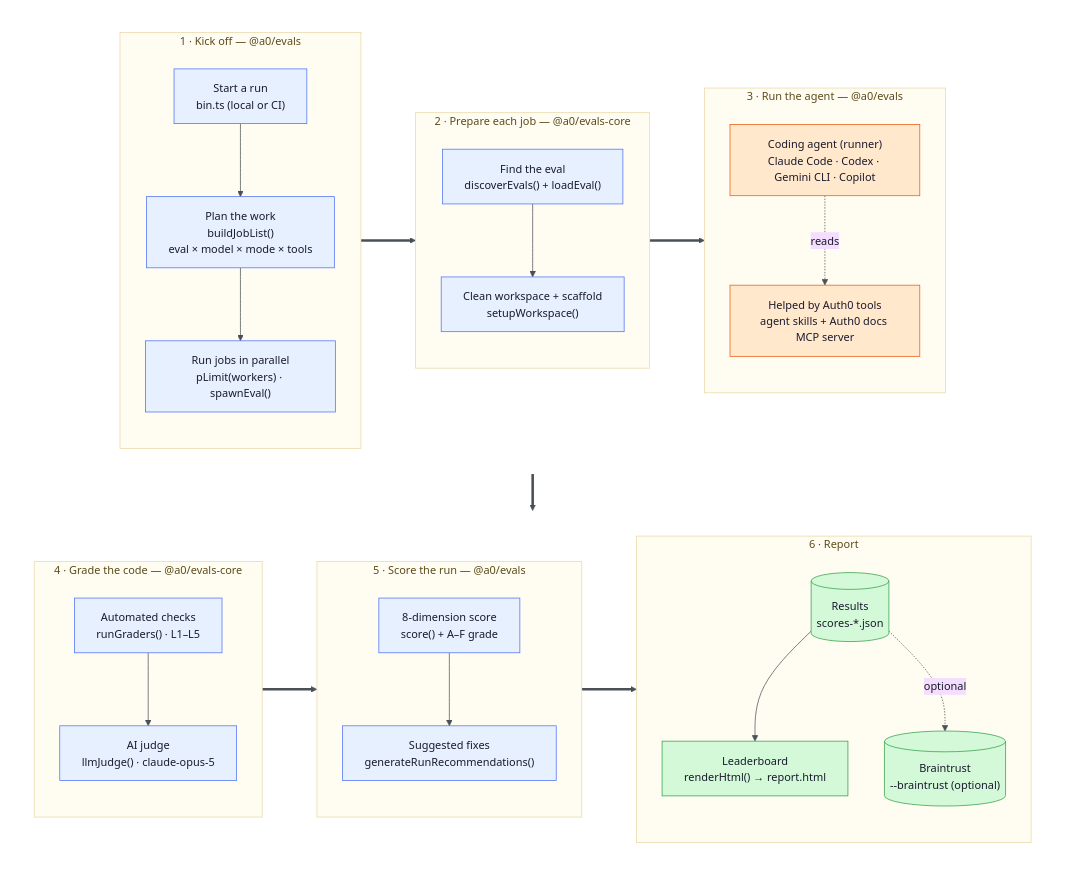
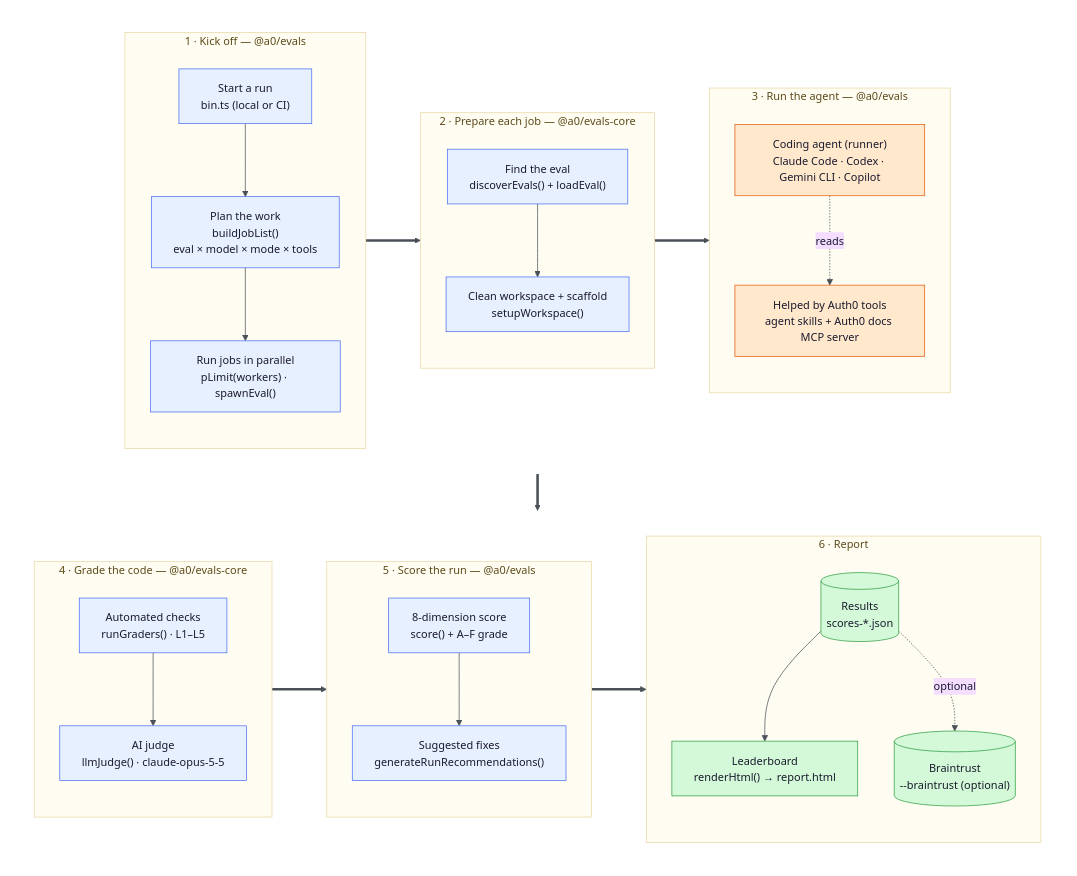
Before and after one commit to auth0/auth0-evals: the first of 3 diagrams in docs/ARCHITECTURE.md, drawn with Mermaid. The commit also changed 15 other files, not shown here.

````diff
--- a/docs/ARCHITECTURE.md
+++ b/docs/ARCHITECTURE.md
@@ -16,77 +16,77 @@
 ```mermaid
 %%{init: {'theme':'base', 'themeVariables': {
   'fontFamily':'ui-sans-serif, system-ui, sans-serif',
   'fontSize':'15px',
   'lineColor':'#495057','primaryTextColor':'#1A1A2E'
 }}}%%
 flowchart TB
     subgraph RowA[" "]
         direction LR
         subgraph CLI["1 · Kick off — @a0/evals"]
             direction TB
             Bin["Start a run<br/>bin.ts (local or CI)"]
             Matrix["Plan the work<br/>buildJobList()<br/>eval × model × mode × tools"]
             Pool["Run jobs in parallel<br/>pLimit(workers) · spawnEval()"]
             Bin --> Matrix --> Pool
         end
 
         subgraph Setup["2 · Prepare each job — @a0/evals-core"]
             direction TB
             Discover["Find the eval<br/>discoverEvals() + loadEval()"]
             WS["Clean workspace + scaffold<br/>setupWorkspace()"]
             Discover --> WS
         end
 
         subgraph Exec["3 · Run the agent — @a0/evals"]
             direction TB
             Runners["Coding agent (runner)<br/>Claude Code · Codex · Gemini CLI · Copilot"]
             Invest["Helped by Auth0 tools<br/>agent skills + Auth0 docs MCP server"]
             Runners -. reads .-> Invest
         end
     end
 
     subgraph RowB[" "]
         direction LR
         subgraph Grade["4 · Grade the code — @a0/evals-core"]
             direction TB
             Engine["Automated checks<br/>runGraders() · L1–L5"]
-            Judge["AI judge<br/>llmJudge() · claude-opus-5"]
+            Judge["AI judge<br/>llmJudge() · claude-opus-5-5"]
             Engine --> Judge
         end
 
         subgraph Score["5 · Score the run — @a0/evals"]
             direction TB
             Scorer["8-dimension score<br/>score() + A–F grade"]
             Recs["Suggested fixes<br/>generateRunRecommendations()"]
             Scorer --> Recs
         end
 
         subgraph Storage["6 · Report"]
             direction TB
             Results[("Results<br/>scores-*.json")]
             Report["Leaderboard<br/>renderHtml() → report.html"]
             BT[("Braintrust<br/>--braintrust (optional)")]
             Results --> Report
             Results -. optional .-> BT
         end
     end
 
     Pool ==> Discover
     WS ==> Runners
     Runners ==> Engine
     Judge ==> Scorer
     Recs ==> Results
 
     classDef control fill:#E7F0FF,stroke:#4C6EF5,color:#1A1A2E;
     classDef work    fill:#FFE8CC,stroke:#E8590C,color:#1A1A2E;
     classDef data    fill:#D3F9D8,stroke:#2F9E44,color:#1A1A2E;
 
     class Bin,Matrix,Pool,Discover,WS,Engine,Judge,Scorer,Recs control;
     class Runners,Invest work;
     class Results,Report,BT data;
 
     classDef cluster fill:#FFFDF2,stroke:#E9D8A6,color:#5C4A1A;
     class CLI,Setup,Exec,Grade,Score,Storage cluster;
     style RowA fill:none,stroke:none;
     style RowB fill:none,stroke:none;
 ```
````
